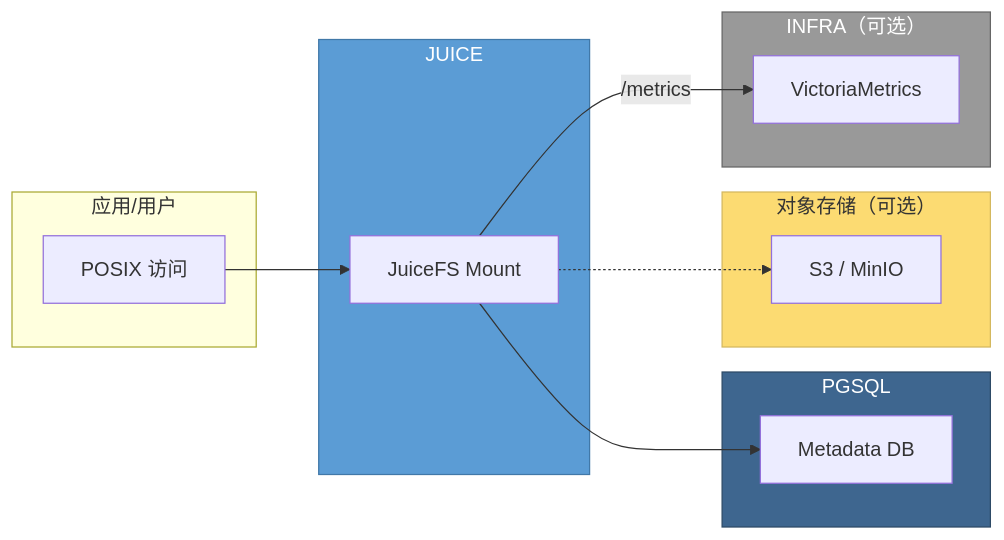
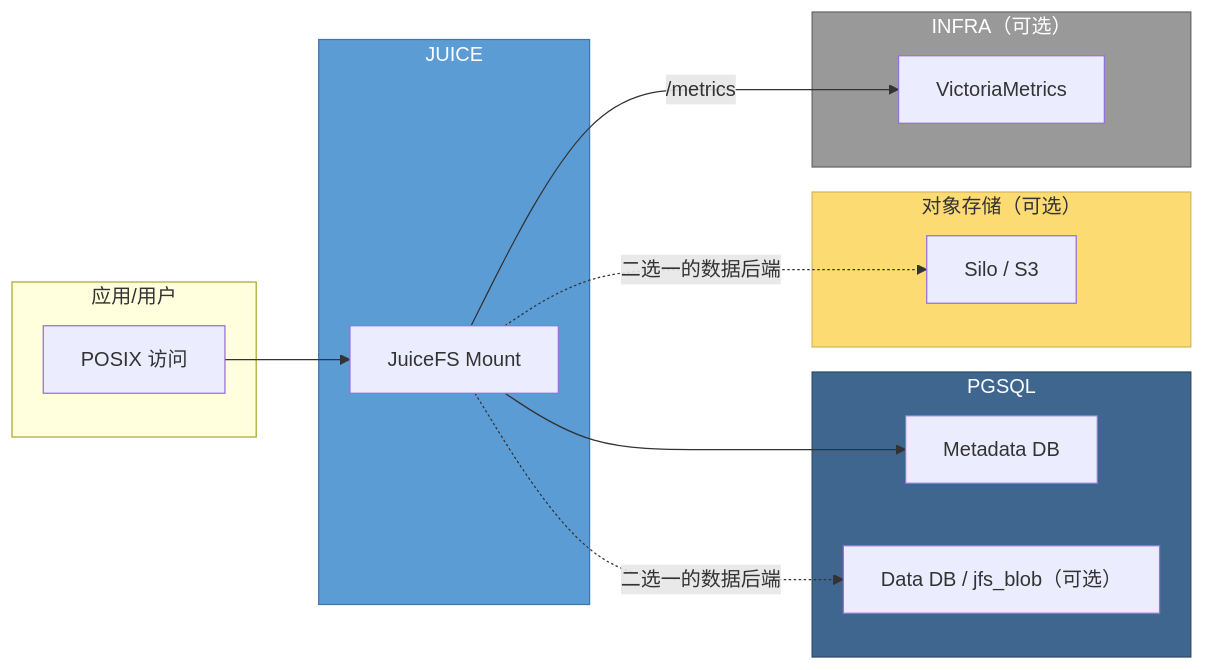
Before and after one commit to pgsty/pigsty.cc: the diagram in content/docs/juice/_index.md, drawn with Mermaid. The commit also changed other lines of this file and 111 other files, not shown here.

````diff
--- a/content/docs/juice/_index.md
+++ b/content/docs/juice/_index.md
@@ -15,32 +15,34 @@
 ```mermaid
 flowchart LR
     subgraph Client["应用/用户"]
         app["POSIX 访问"]
     end
 
     subgraph JUICE["JUICE"]
         jfs["JuiceFS Mount"]
     end
 
     subgraph PGSQL["PGSQL"]
         meta["Metadata DB"]
+        blob["Data DB / jfs_blob（可选）"]
     end
 
     subgraph Object["对象存储（可选）"]
-        s3["S3 / MinIO"]
+        s3["Silo / S3"]
     end
 
     subgraph INFRA["INFRA（可选）"]
         vm["VictoriaMetrics"]
     end
 
     app --> jfs
     jfs --> meta
-    jfs -.-> s3
+    jfs -.->|二选一的数据后端| blob
+    jfs -.->|二选一的数据后端| s3
     jfs -->|/metrics| vm
 
     style JUICE fill:#5B9CD5,stroke:#4178a8,color:#fff
     style PGSQL fill:#3E668F,stroke:#2d4a66,color:#fff
     style Object fill:#FCDB72,stroke:#d4b85e,color:#333
     style INFRA fill:#999,stroke:#666,color:#fff
 ```
````
